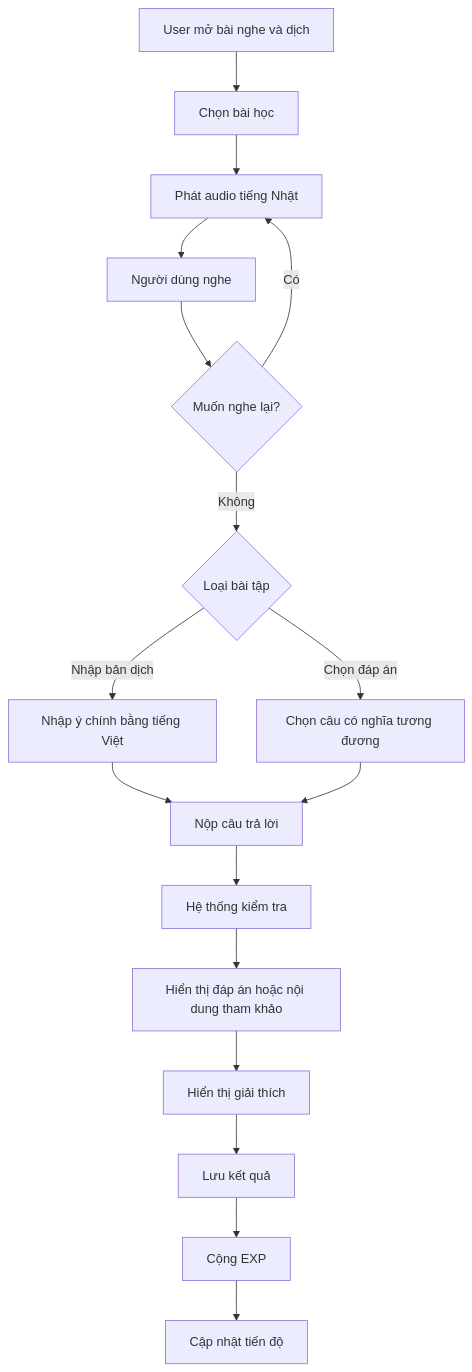
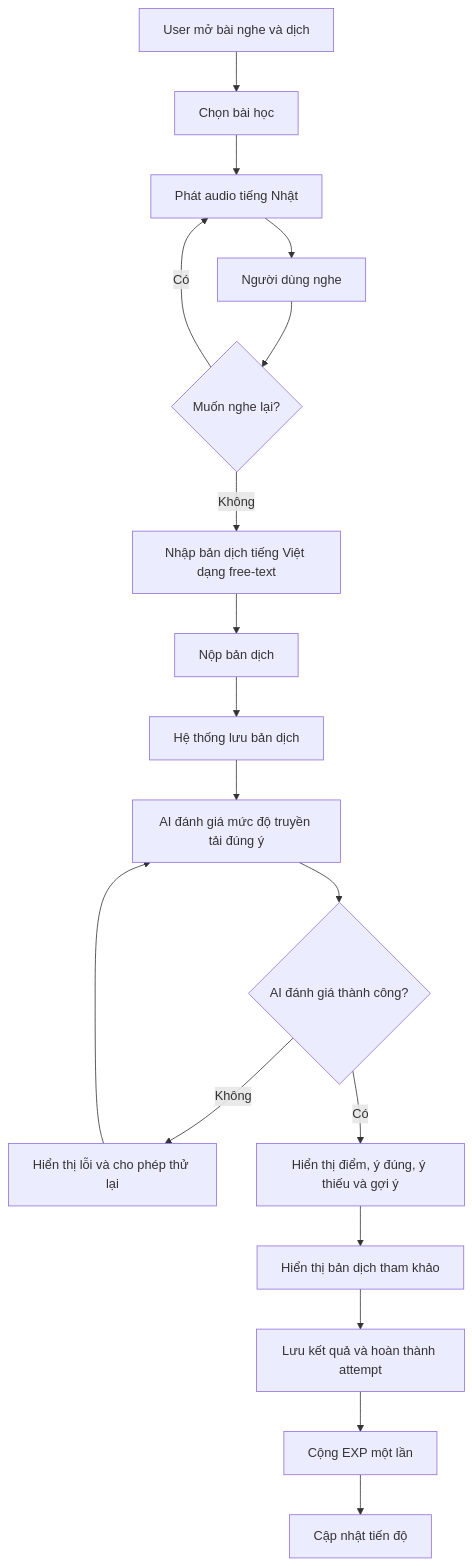
The tenth of 14 diagrams in docs/03-user-flow.md (mrthinh307/kaiwa-up), drawn with Mermaid before and after one commit. The commit also changed 4 other files, not shown here.

Commit message:
feat: update requirements and user flow for free-text translation input and AI evaluation

````diff
--- a/docs/03-user-flow.md
+++ b/docs/03-user-flow.md
@@ -387,27 +387,28 @@
 ```mermaid
 flowchart TD
     A[User mở bài nghe và dịch] --> B[Chọn bài học]
 
     B --> C[Phát audio tiếng Nhật]
     C --> D[Người dùng nghe]
 
     D --> E{Muốn nghe lại?}
 
     E -- Có --> C
-    E -- Không --> F{Loại bài tập}
+    E -- Không --> F[Nhập bản dịch tiếng Việt dạng free-text]
 
-    F -- Nhập bản dịch --> G[Nhập ý chính bằng tiếng Việt]
-    F -- Chọn đáp án --> H[Chọn câu có nghĩa tương đương]
+    F --> G[Nộp bản dịch]
+    G --> H[Hệ thống lưu bản dịch]
+    H --> I[AI đánh giá mức độ truyền tải đúng ý]
 
-    G --> I[Nộp câu trả lời]
-    H --> I
+    I --> J{AI đánh giá thành công?}
 
-    I --> J[Hệ thống kiểm tra]
+    J -- Không --> K[Hiển thị lỗi và cho phép thử lại]
+    K --> I
 
-    J --> K[Hiển thị đáp án hoặc nội dung tham khảo]
-    K --> L[Hiển thị giải thích]
+    J -- Có --> L[Hiển thị điểm, ý đúng, ý thiếu và gợi ý]
+    L --> M[Hiển thị bản dịch tham khảo]
 
-    L --> M[Lưu kết quả]
-    M --> N[Cộng EXP]
-    N --> O[Cập nhật tiến độ]
+    M --> N[Lưu kết quả và hoàn thành attempt]
+    N --> O[Cộng EXP một lần]
+    O --> P[Cập nhật tiến độ]
 ```
````
